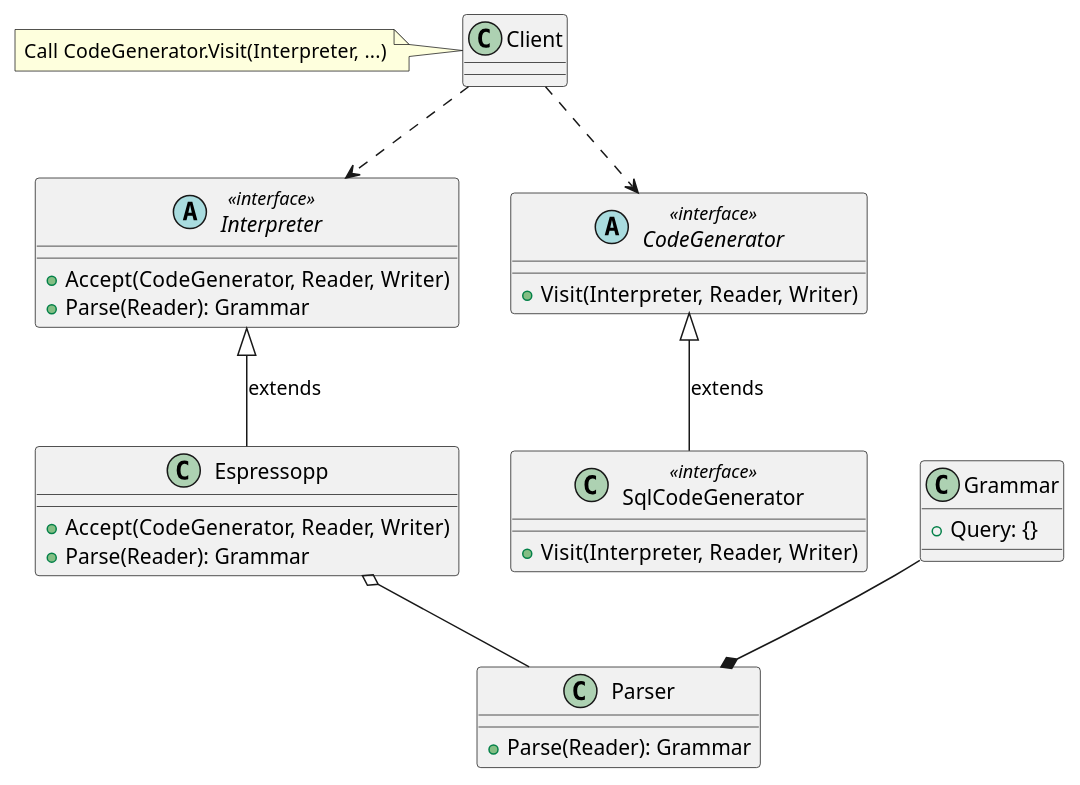
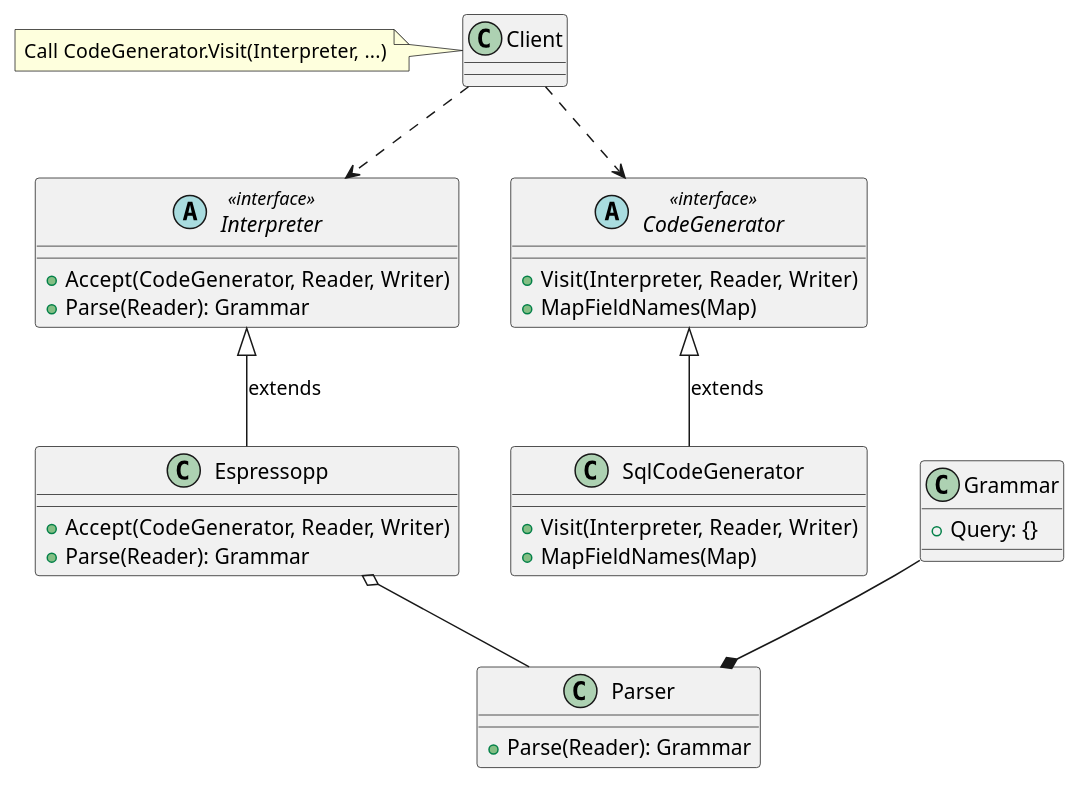
The second of 4 diagrams in docs/espressopp-sdd.adoc (skeeterhealth/espressopp), drawn with PlantUML before and after one commit. The commit also changed other lines of this file, not shown here.

Commit message:
feat: add functionality for mapping fields

```diff
--- a/docs/espressopp-sdd.adoc
+++ b/docs/espressopp-sdd.adoc
@@ -93,30 +93,32 @@
 [plantuml, format="png", id="key-elements"]
 ----
 abstract class Interpreter <<interface>> {
   +Accept(CodeGenerator, Reader, Writer)
   +Parse(Reader): Grammar
 }
 class Espressopp {
   +Accept(CodeGenerator, Reader, Writer)
   +Parse(Reader): Grammar
 }
 abstract class CodeGenerator<<interface>> {
   +Visit(Interpreter, Reader, Writer)
+  +MapFieldNames(Map)
 }
-class SqlCodeGenerator <<interface>> {
+class SqlCodeGenerator {
   +Visit(Interpreter, Reader, Writer)
+  +MapFieldNames(Map)
 }
 class Parser{
   +Parse(Reader): Grammar
 }
 class Grammar{
   +Query: {}
 }
 Client ..> Interpreter
 Client ..> CodeGenerator
 Interpreter <|-- Espressopp : extends
 note left: Call CodeGenerator.Visit(Interpreter, ...)
 CodeGenerator <|-- SqlCodeGenerator : extends
 Espressopp o-- Parser
 Grammar --* Parser
 ----
```
